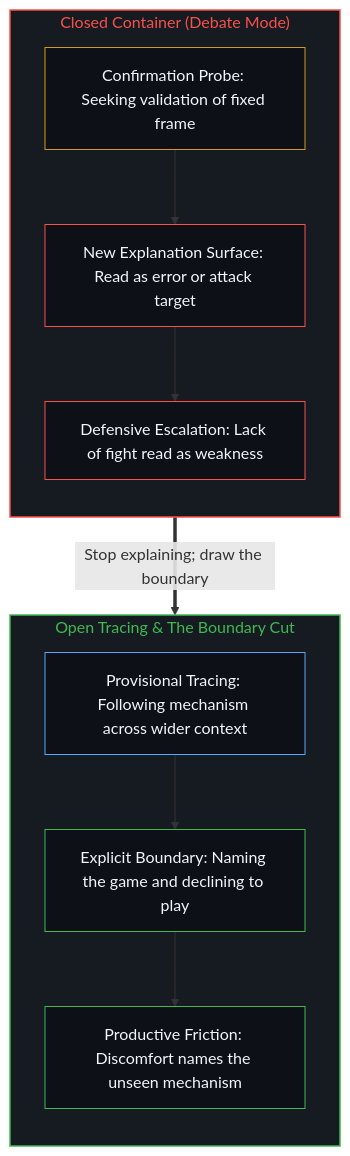
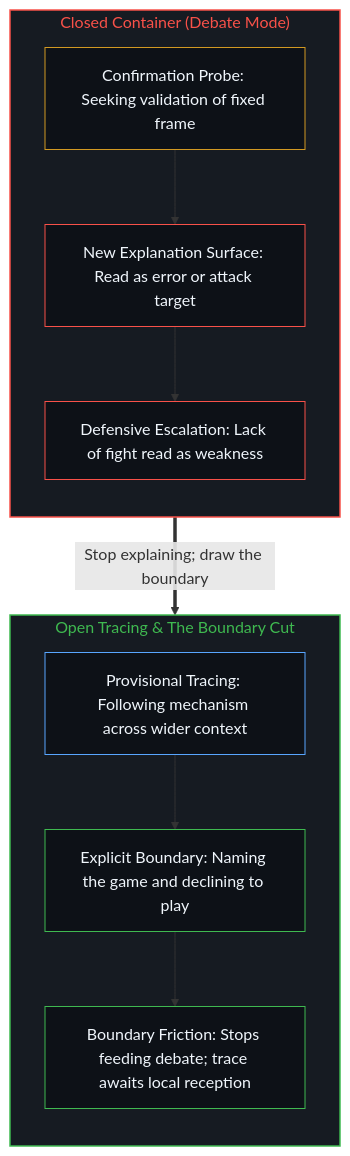
The second of 2 diagrams in content/posts/why-explanation-fails.md (powerpig99/not-a-toe), drawn with Mermaid before and after one commit. The commit also changed other lines of this file and 2 other files, not shown here.

````diff
--- a/content/posts/why-explanation-fails.md
+++ b/content/posts/why-explanation-fails.md
@@ -77,29 +74,26 @@
 ```mermaid
 flowchart TD
     subgraph S_Debate["Closed Container (Debate Mode)"]
         direction TB
         D_Probe["Confirmation Probe: Seeking validation of fixed frame"]
         D_Surface["New Explanation Surface: Read as error or attack target"]
         D_Escalate["Defensive Escalation: Lack of fight read as weakness"]
         D_Probe --> D_Surface --> D_Escalate
     end
-
     subgraph S_Trace["Open Tracing & The Boundary Cut"]
         direction TB
         T_Map["Provisional Tracing: Following mechanism across wider context"]
         T_Bound["Explicit Boundary: Naming the game and declining to play"]
-        T_Friction["Productive Friction: Discomfort names the unseen mechanism"]
+        T_Friction["Boundary Friction: Stops feeding debate; trace awaits local reception"]
         T_Map --> T_Bound --> T_Friction
     end
-
     D_Escalate ==>|"Stop explaining; draw the boundary"| T_Bound
-
     style S_Debate fill:#161b22,stroke:#f85149,stroke-width:1.5px,color:#f85149
     style S_Trace fill:#161b22,stroke:#3fb950,stroke-width:1.5px,color:#3fb950
     style D_Probe fill:#0d1117,stroke:#d29922,stroke-width:1px,color:#f0f6fc
     style D_Surface fill:#0d1117,stroke:#f85149,stroke-width:1px,color:#f0f6fc
     style D_Escalate fill:#0d1117,stroke:#f85149,stroke-width:1px,color:#f0f6fc
     style T_Map fill:#0d1117,stroke:#58a6ff,stroke-width:1px,color:#f0f6fc
     style T_Bound fill:#0d1117,stroke:#3fb950,stroke-width:1px,color:#f0f6fc
     style T_Friction fill:#0d1117,stroke:#3fb950,stroke-width:1px,color:#f0f6fc
 ```
````
